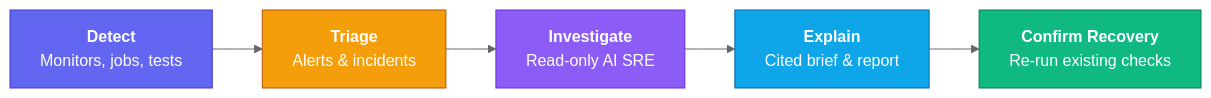
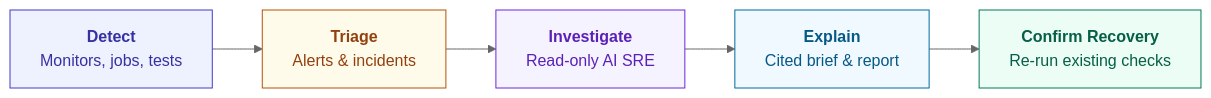
One commit to supercheck-io/supercheck changed the diagram in docs/content/docs/app/welcome.mdx. Above: the diagram before and after it, drawn with Mermaid (neutral theme). The commit also changed 15 other files, not shown here.

First line of the commit message:
docs: unify diagram styling and add AI SRE to architecture (#309)

````diff
--- a/docs/content/docs/app/welcome.mdx
+++ b/docs/content/docs/app/welcome.mdx
@@ -28,13 +28,13 @@
 ```mermaid
 flowchart LR
     Detect["<b>Detect</b><br/>Monitors, jobs, tests"] --> Triage["<b>Triage</b><br/>Alerts & incidents"]
     Triage --> Investigate["<b>Investigate</b><br/>Read-only AI SRE"]
     Investigate --> Explain["<b>Explain</b><br/>Cited brief & report"]
     Explain --> Confirm["<b>Confirm Recovery</b><br/>Re-run existing checks"]
 
-    style Detect fill:#6366f1,stroke:#4338ca,color:#fff
-    style Triage fill:#f59e0b,stroke:#b45309,color:#fff
-    style Investigate fill:#8b5cf6,stroke:#6d28d9,color:#fff
-    style Explain fill:#0ea5e9,stroke:#0369a1,color:#fff
-    style Confirm fill:#10b981,stroke:#047857,color:#fff
+    style Detect fill:#eef2ff,stroke:#4338ca,color:#3730a3
+    style Triage fill:#fffbeb,stroke:#b45309,color:#92400e
+    style Investigate fill:#f5f3ff,stroke:#6d28d9,color:#5b21b6
+    style Explain fill:#f0f9ff,stroke:#0369a1,color:#075985
+    style Confirm fill:#ecfdf5,stroke:#047857,color:#065f46
 ```
````
